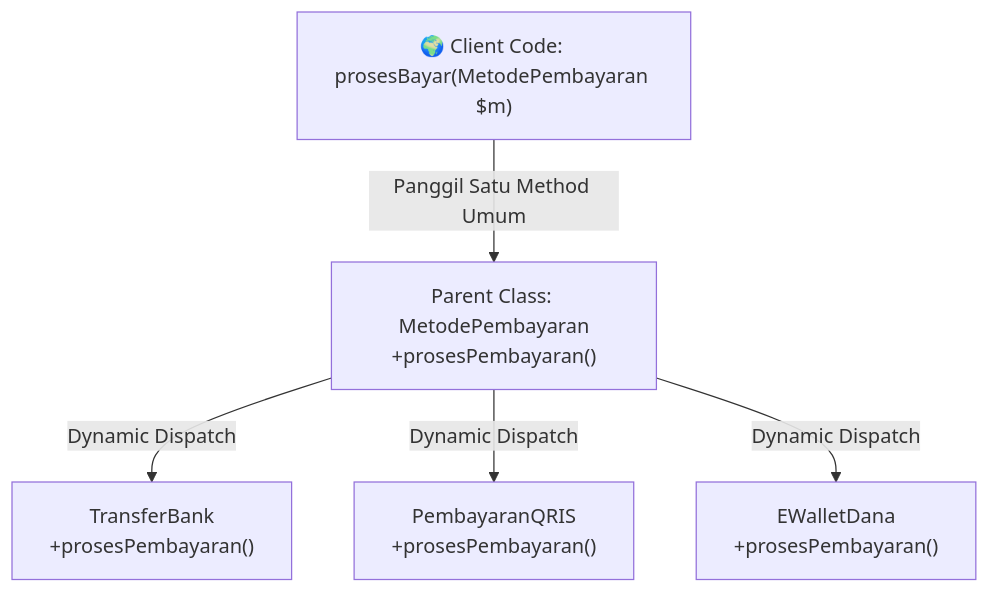
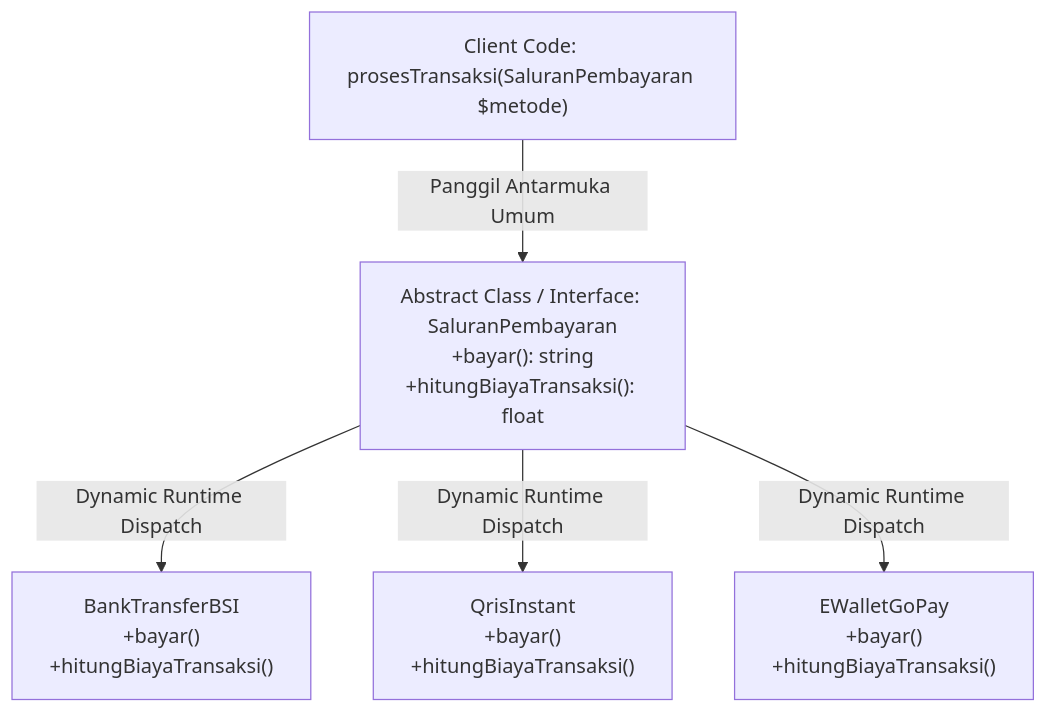
Before and after one commit to mahendaruui/Perkuliahan: the diagram in docs/pemrograman-oop-php/polymorphism.md, drawn with Mermaid. The commit also changed other lines of this file and 5 other files, not shown here.

Commit message:
docs: enhance OOP documentation with refined mermaid diagrams and theoretical depth on polymorphism

````diff
--- a/docs/pemrograman-oop-php/polymorphism.md
+++ b/docs/pemrograman-oop-php/polymorphism.md
@@ -18,14 +19,14 @@
 ```mermaid
 flowchart TD
-    Client["🌍 Client Code: prosesBayar(MetodePembayaran $m)"]
-    Parent["Parent Class: MetodePembayaran<br>+prosesPembayaran()"]
+    Client["Client Code: prosesTransaksi(SaluranPembayaran $metode)"]
+    Parent["Abstract Class / Interface: SaluranPembayaran<br>+bayar(): string<br>+hitungBiayaTransaksi(): float"]
 
-    Sub1["TransferBank<br>+prosesPembayaran()"]
-    Sub2["PembayaranQRIS<br>+prosesPembayaran()"]
-    Sub3["EWalletDana<br>+prosesPembayaran()"]
+    Sub1["BankTransferBSI<br>+bayar()<br>+hitungBiayaTransaksi()"]
+    Sub2["QrisInstant<br>+bayar()<br>+hitungBiayaTransaksi()"]
+    Sub3["EWalletGoPay<br>+bayar()<br>+hitungBiayaTransaksi()"]
 
-    Client -->|Panggil Satu Method Umum| Parent
-    Parent -->|Dynamic Dispatch| Sub1
-    Parent -->|Dynamic Dispatch| Sub2
-    Parent -->|Dynamic Dispatch| Sub3
+    Client -->|Panggil Antarmuka Umum| Parent
+    Parent -->|Dynamic Runtime Dispatch| Sub1
+    Parent -->|Dynamic Runtime Dispatch| Sub2
+    Parent -->|Dynamic Runtime Dispatch| Sub3
 ```
````
